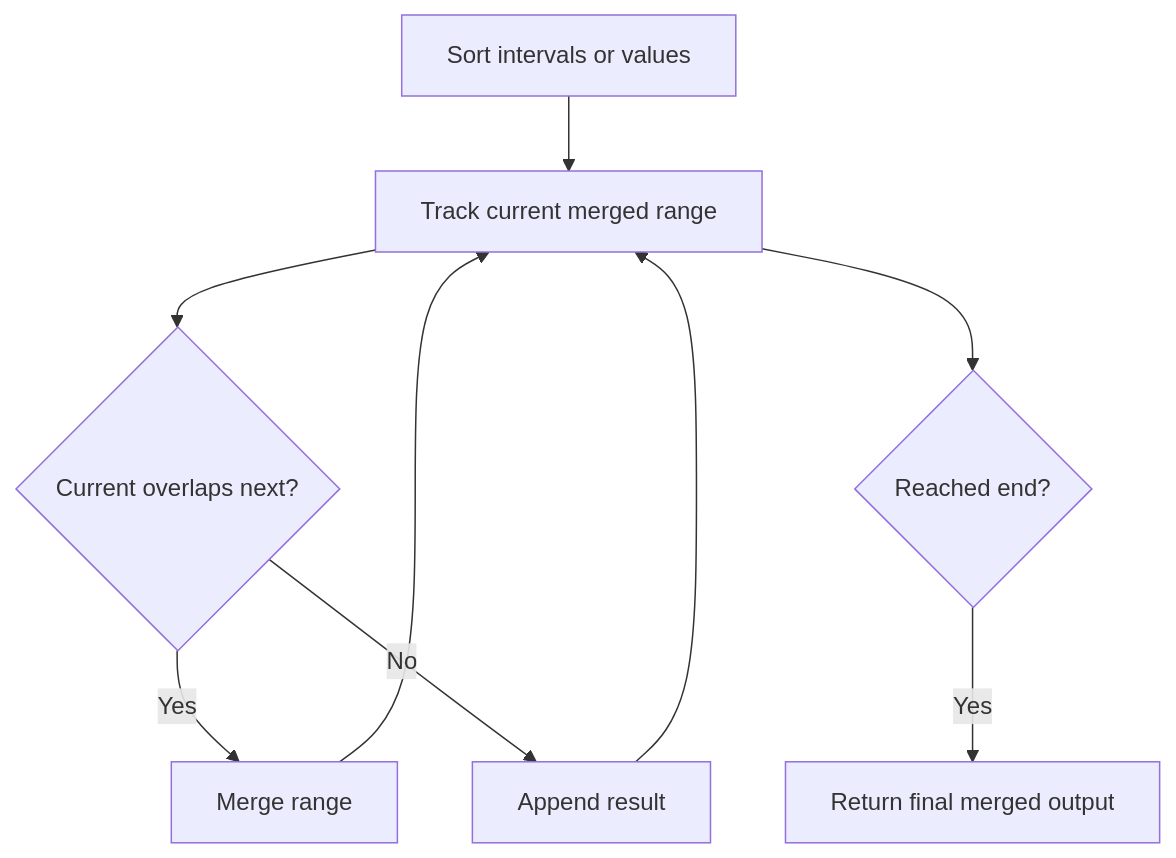
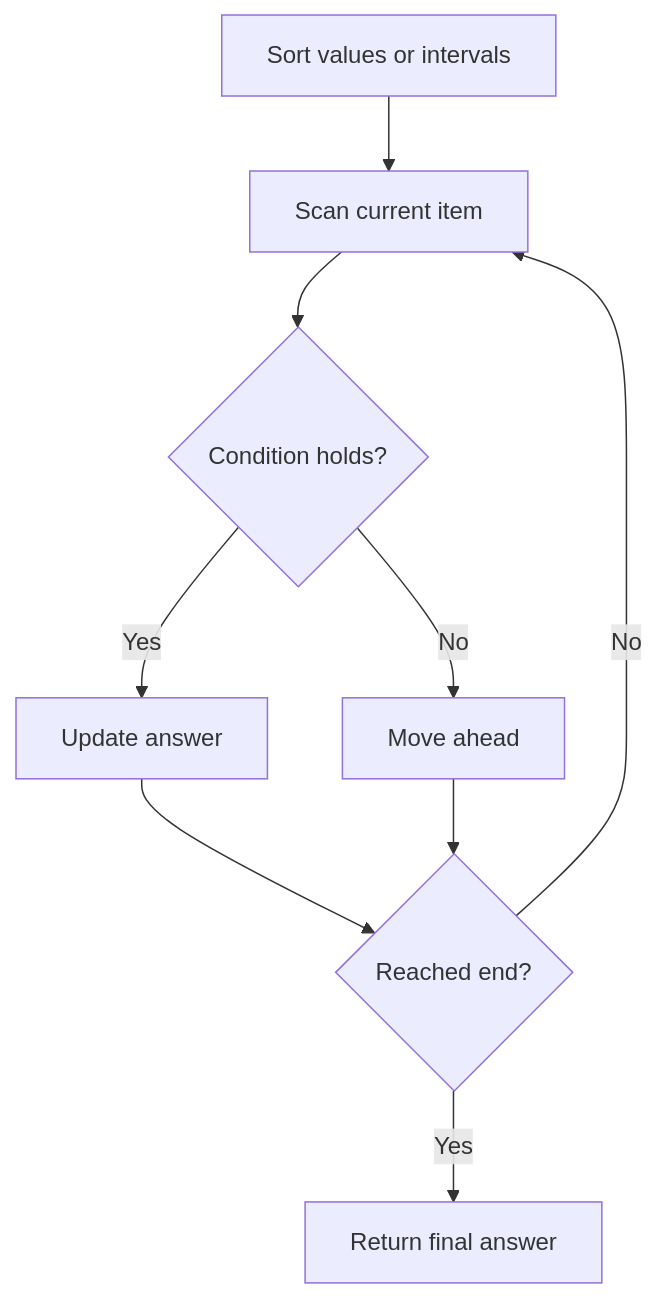
The diagram in NeetCode-Submissions/01.Arrays/009-longest-consecutive-sequence/readme.md (keshav-poojary/Leetcode), drawn with Mermaid before and after one commit. The commit also changed other lines of this file and 121 other files, not shown here.

````diff
--- a/NeetCode-Submissions/01.Arrays/009-longest-consecutive-sequence/readme.md
+++ b/NeetCode-Submissions/01.Arrays/009-longest-consecutive-sequence/readme.md
@@ -30,11 +34,11 @@
 ```mermaid
 flowchart TD
-    A[Sort intervals or values] --> B[Track current merged range]
-    B --> C{Current overlaps next?}
-    C -- Yes --> D[Merge range]
-    C -- No --> E[Append result]
-    D --> B
-    E --> B
-    B --> F{Reached end?}
-    F -- Yes --> G[Return final merged output]
+    A[Sort values or intervals] --> B[Scan current item]
+    B --> C{Condition holds?}
+    C -- Yes --> D[Update answer]
+    C -- No --> E[Move ahead]
+    D --> F{Reached end?}
+    E --> F
+    F -- No --> B
+    F -- Yes --> G[Return final answer]
 ```
````
